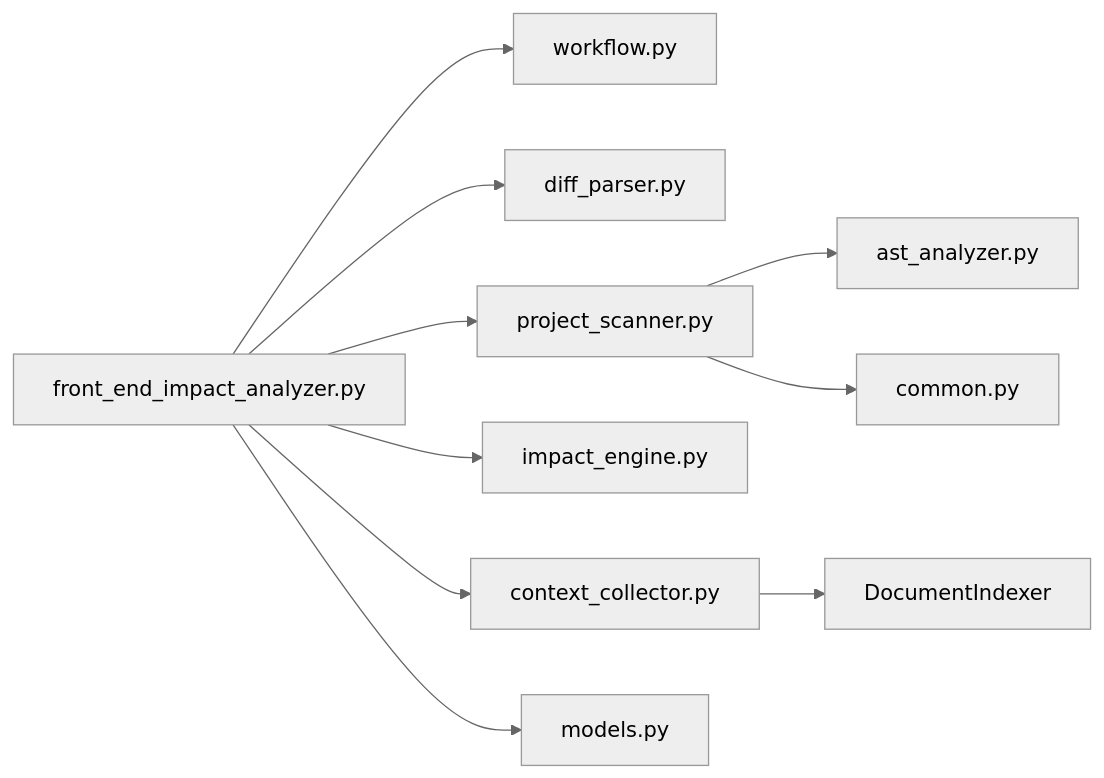
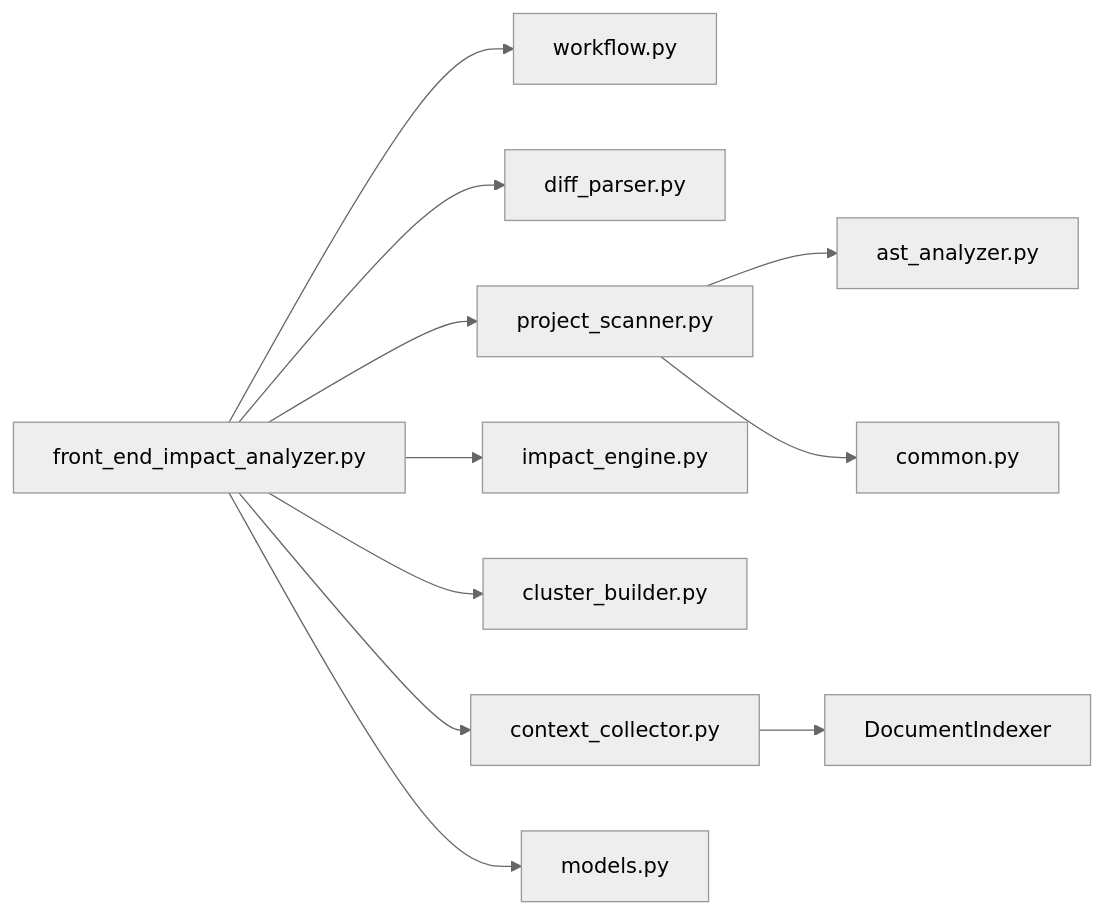
The eighth of 8 diagrams in .qoder/repowiki/zh/content/高级用法/性能优化.md (brand-new-remo/frontend-impact-analyzer), drawn with Mermaid (neutral theme) before and after one commit. The commit also changed other lines of this file and 8 other files, not shown here.

````diff
--- a/.qoder/repowiki/zh/content/高级用法/性能优化.md
+++ b/.qoder/repowiki/zh/content/高级用法/性能优化.md
@@ -298,12 +374,13 @@
 ```mermaid
 graph LR
 FEIA["front_end_impact_analyzer.py"] --> WF["workflow.py"]
 FEIA --> DP["diff_parser.py"]
 FEIA --> PS["project_scanner.py"]
 PS --> AST["ast_analyzer.py"]
 PS --> CMN["common.py"]
 FEIA --> IE["impact_engine.py"]
+FEIA --> CB["cluster_builder.py"]
 FEIA --> CC["context_collector.py"]
 CC --> DI["DocumentIndexer"]
 FEIA --> MD["models.py"]
 ```
````
